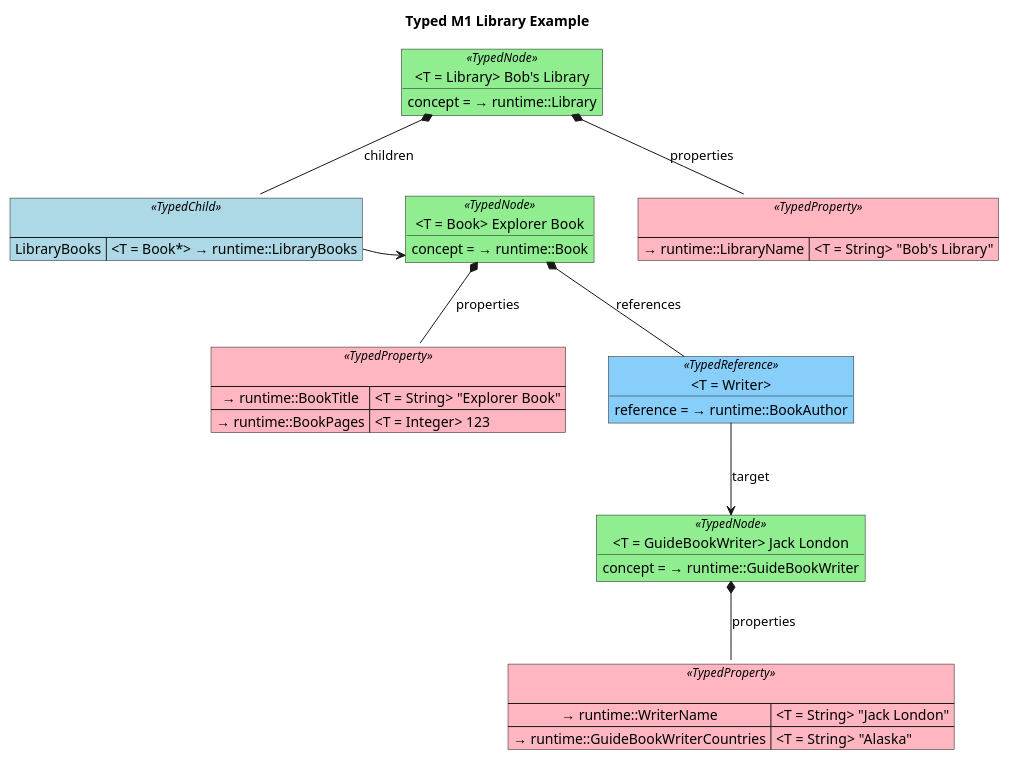
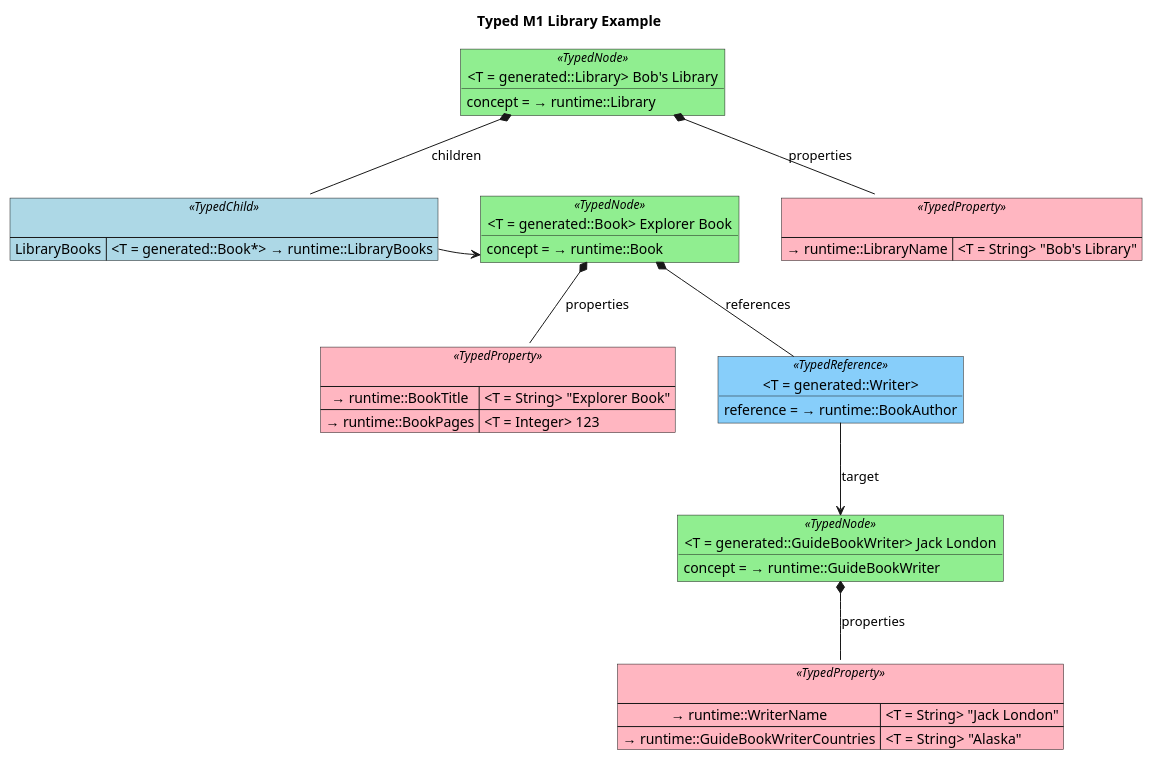
One commit to LionWeb-io/specification changed the diagram in lioncore/library-example/typed-library-m1.puml. Above: the diagram before and after it, drawn with PlantUML. The commit also changed 4 other files, not shown here.

Commit message:
added generated M2 library example

```diff
--- a/lioncore/library-example/typed-library-m1.puml
+++ b/lioncore/library-example/typed-library-m1.puml
@@ -1,59 +1,59 @@
 @startuml
 ' Library
 title Typed M1 Library Example
 
 skinparam object {
     BackgroundColor<<TypedNode>> LightGreen
     BackgroundColor<<TypedReference>> LightSkyBlue
 }
 skinparam map {
     BackgroundColor<<TypedProperty>> LightPink
     BackgroundColor<<TypedChild>> LightBlue
 }
 
-object "<T = Library> Bob's Library" as library<<TypedNode>> {
+object "<T = generated::Library> Bob's Library" as library<<TypedNode>> {
     concept = → runtime::Library
 }
 
 map " " as libraryProperties<<TypedProperty>> {
     → runtime::LibraryName => <T = String> "Bob's Library"
 }
 library *-- libraryProperties: properties
 
 ' Explorer book
 
-object "<T = Book> Explorer Book" as explorerBook<<TypedNode>> {
+object "<T = generated::Book> Explorer Book" as explorerBook<<TypedNode>> {
     concept = → runtime::Book
 }
 
 map " " as explorerBookProperties<<TypedProperty>> {
     → runtime::BookTitle => <T = String> "Explorer Book"
     → runtime::BookPages => <T = Integer> 123
 }
 explorerBook *-- explorerBookProperties: properties
 
 map " " as libraryChildren<<TypedChild>> {
-    LibraryBooks => <T = Book*> → runtime::LibraryBooks
+    LibraryBooks => <T = generated::Book*> → runtime::LibraryBooks
 }
 library *-- libraryChildren: children
 libraryChildren::LibraryBooks -> explorerBook
 
 
-object "<T = Writer>" as explorerBookAuthor<<TypedReference>> {
+object "<T = generated::Writer>" as explorerBookAuthor<<TypedReference>> {
     reference = → runtime::BookAuthor
 }
 explorerBook *-- explorerBookAuthor: references
 
 ' Jack London
-object "<T = GuideBookWriter> Jack London" as jackLondon<<TypedNode>> {
+object "<T = generated::GuideBookWriter> Jack London" as jackLondon<<TypedNode>> {
     concept = → runtime::GuideBookWriter
 }
 
 map " " as jackLondonProperties<<TypedProperty>> {
     → runtime::WriterName => <T = String> "Jack London"
     → runtime::GuideBookWriterCountries => <T = String> "Alaska"
 }
 jackLondon *-- jackLondonProperties: properties
 
 explorerBookAuthor --> jackLondon: target
 @enduml
```
